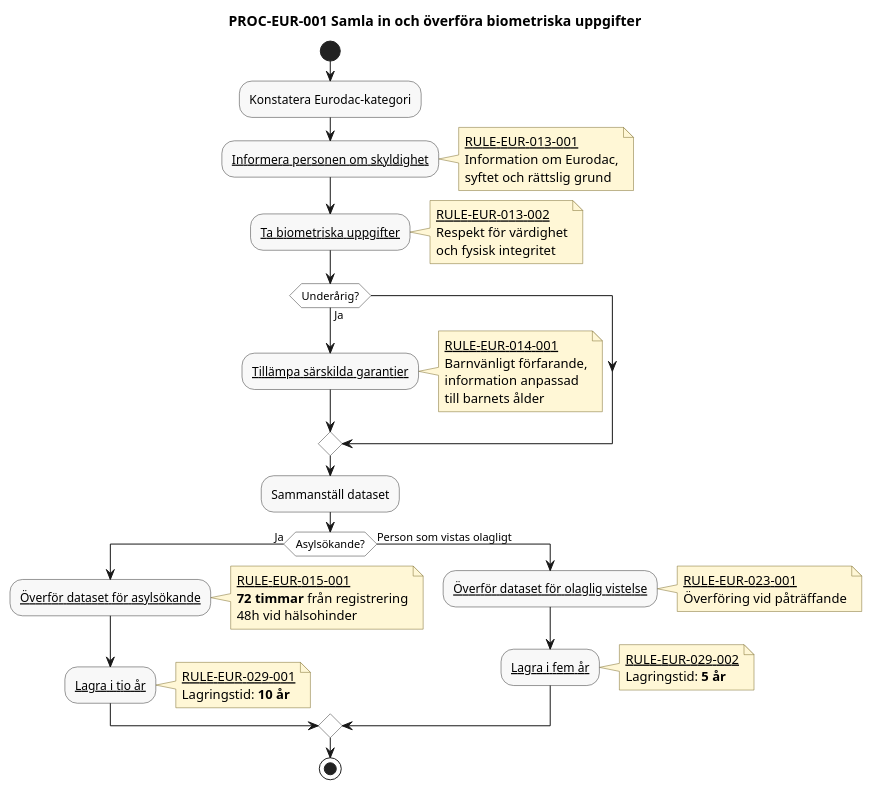
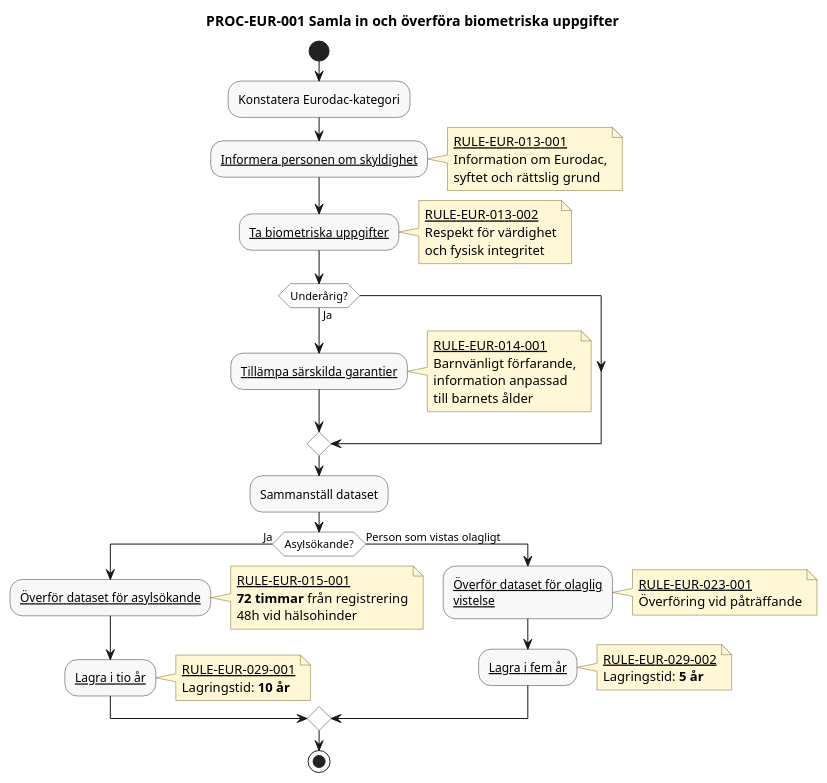
The diagram in docs/domains/eurodac/diagrams/collect-and-transmit-biometric-data.pu (chrhe894/migration_pact), drawn with PlantUML before and after one commit. The commit also changed 21 other files, not shown here.

Commit message:
Fixes long activities in pu-diagram.

```diff
--- a/docs/domains/eurodac/diagrams/collect-and-transmit-biometric-data.pu
+++ b/docs/domains/eurodac/diagrams/collect-and-transmit-biometric-data.pu
@@ -17,77 +17,77 @@
 @startuml collect-and-transmit-biometric-data
 
 title PROC-EUR-001 Samla in och överföra biometriska uppgifter
 
 skinparam shadowing false
 skinparam HyperlinkColor Black
 skinparam HyperlinkUnderline true
 skinparam defaultFontName Arial
 skinparam activity {
   BackgroundColor #F8F8F8
   BorderColor #333333
   DiamondBackgroundColor #FFFFFF
   DiamondBorderColor #333333
 }
 skinparam note {
   BackgroundColor #FFF7D6
   BorderColor #7A6A2A
 }
 
 start
 
 :Konstatera Eurodac-kategori;
 
 :[[../rules/rule-eur-013-001.md Informera personen om skyldighet]];
 note right
   [[../rules/rule-eur-013-001.md RULE-EUR-013-001]]
   Information om Eurodac,
   syftet och rättslig grund
 end note
 
 :[[../rules/rule-eur-013-001.md Ta biometriska uppgifter]];
 note right
   [[../rules/rule-eur-013-002.md RULE-EUR-013-002]]
   Respekt för värdighet
   och fysisk integritet
 end note
 
 if (Underårig?) then (Ja)
   :[[../rules/rule-eur-014-001.md Tillämpa särskilda garantier]];
   note right
     [[../rules/rule-eur-014-001.md RULE-EUR-014-001]]
     Barnvänligt förfarande,
     information anpassad
     till barnets ålder
   end note
 endif
 
 :Sammanställ dataset;
 
 if (Asylsökande?) then (Ja)
   :[[../rules/rule-eur-015-001.md Överför dataset för asylsökande]];
   note right
     [[../rules/rule-eur-015-001.md RULE-EUR-015-001]]
     **72 timmar** från registrering
     48h vid hälsohinder
   end note
   :[[../rules/rule-eur-029-001.md Lagra i tio år]];
   note right
     [[../rules/rule-eur-029-001.md RULE-EUR-029-001]]
     Lagringstid: **10 år**
   end note
 else (Person som vistas olagligt)
-  :[[../rules/rule-eur-023-001.md Överför dataset för olaglig vistelse]];
+  :[[../rules/rule-eur-023-001.md Överför dataset för olaglig\nvistelse]];
   note right
     [[../rules/rule-eur-023-001.md RULE-EUR-023-001]]
     Överföring vid påträffande
   end note
   :[[../rules/rule-eur-029-002.md Lagra i fem år]];
   note right
     [[../rules/rule-eur-029-002.md RULE-EUR-029-002]]
     Lagringstid: **5 år**
   end note
 endif
 
 stop
 
 @enduml
```
